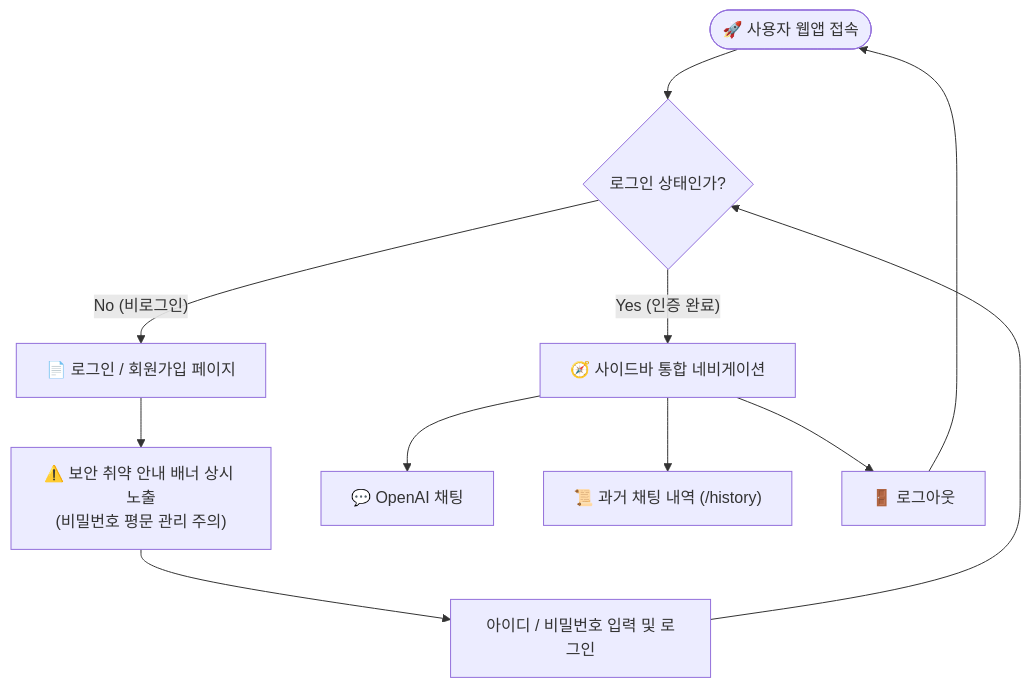
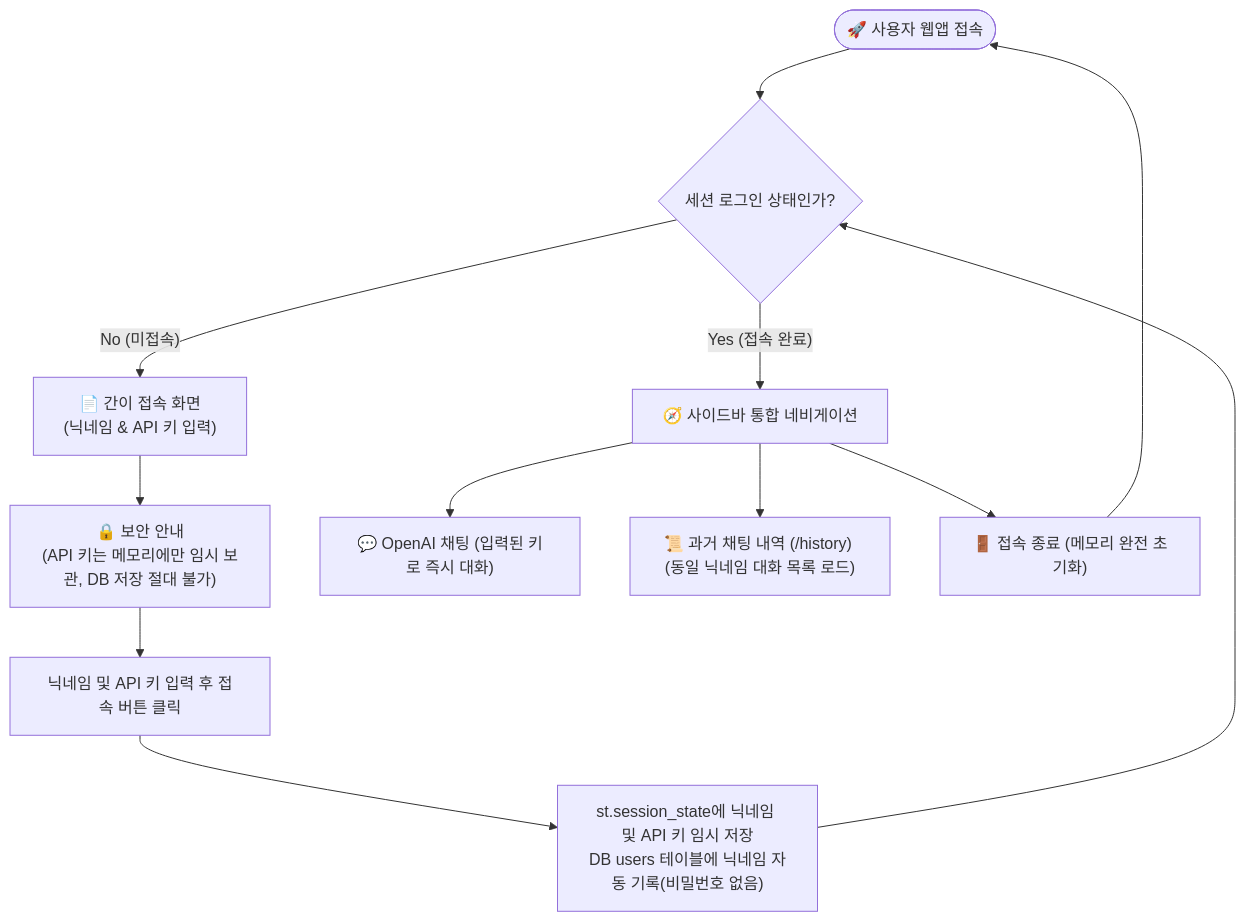
The diagram in IMPLEMENTATION_PLAN.md (algethi97/streamlit-basic), drawn with Mermaid before and after one commit. The commit also changed other lines of this file and 1 other file, not shown here.

````diff
--- a/IMPLEMENTATION_PLAN.md
+++ b/IMPLEMENTATION_PLAN.md
@@ -11,17 +10,18 @@
 ```mermaid
 flowchart TD
-    Start(["🚀 사용자 웹앱 접속"]) --> AuthCheck{"로그인 상태인가?"}
+    Start(["🚀 사용자 웹앱 접속"]) --> AuthCheck{"세션 로그인 상태인가?"}
 
-    %% 미로그인 상태
-    AuthCheck -- "No (비로그인)" --> LoginPage["📄 로그인 / 회원가입 페이지"]
-    LoginPage --> Banner["⚠️ 보안 취약 안내 배너 상시 노출\n(비밀번호 평문 관리 주의)"]
-    Banner --> AuthAction["아이디 / 비밀번호 입력 및 로그인"]
-    AuthAction --> AuthCheck
+    %% 미접속 상태
+    AuthCheck -- "No (미접속)" --> ConnectPage["📄 간이 접속 화면\n(닉네임 & API 키 입력)"]
+    ConnectPage --> Notice["🔒 보안 안내\n(API 키는 메모리에만 임시 보관, DB 저장 절대 불가)"]
+    Notice --> Action["닉네임 및 API 키 입력 후 접속 버튼 클릭"]
+    Action --> SaveMem["st.session_state에 닉네임 및 API 키 임시 저장\nDB users 테이블에 닉네임 자동 기록(비밀번호 없음)"]
+    SaveMem --> AuthCheck
 
-    %% 로그인 완료 상태
-    AuthCheck -- "Yes (인증 완료)" --> Nav["🧭 사이드바 통합 네비게이션"]
-    Nav --> Tab1["💬 OpenAI 채팅"]
-    Nav --> Tab2["📜 과거 채팅 내역 (/history)"]
-    Nav --> Logout["🚪 로그아웃"]
-    Logout --> Start
+    %% 접속 완료 상태
+    AuthCheck -- "Yes (접속 완료)" --> Nav["🧭 사이드바 통합 네비게이션"]
+    Nav --> Tab1["💬 OpenAI 채팅 (입력된 키로 즉시 대화)"]
+    Nav --> Tab2["📜 과거 채팅 내역 (/history) (동일 닉네임 대화 목록 로드)"]
+    Nav --> Disconnect["🚪 접속 종료 (메모리 완전 초기화)"]
+    Disconnect --> Start
 ```
````
